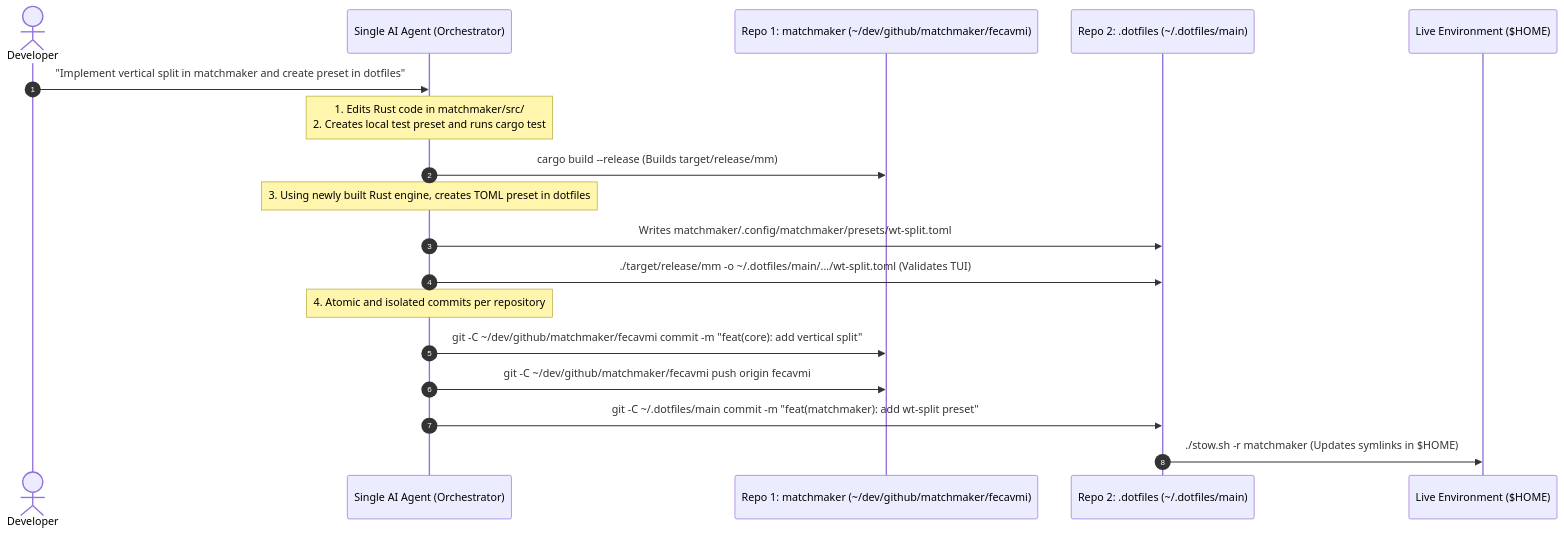
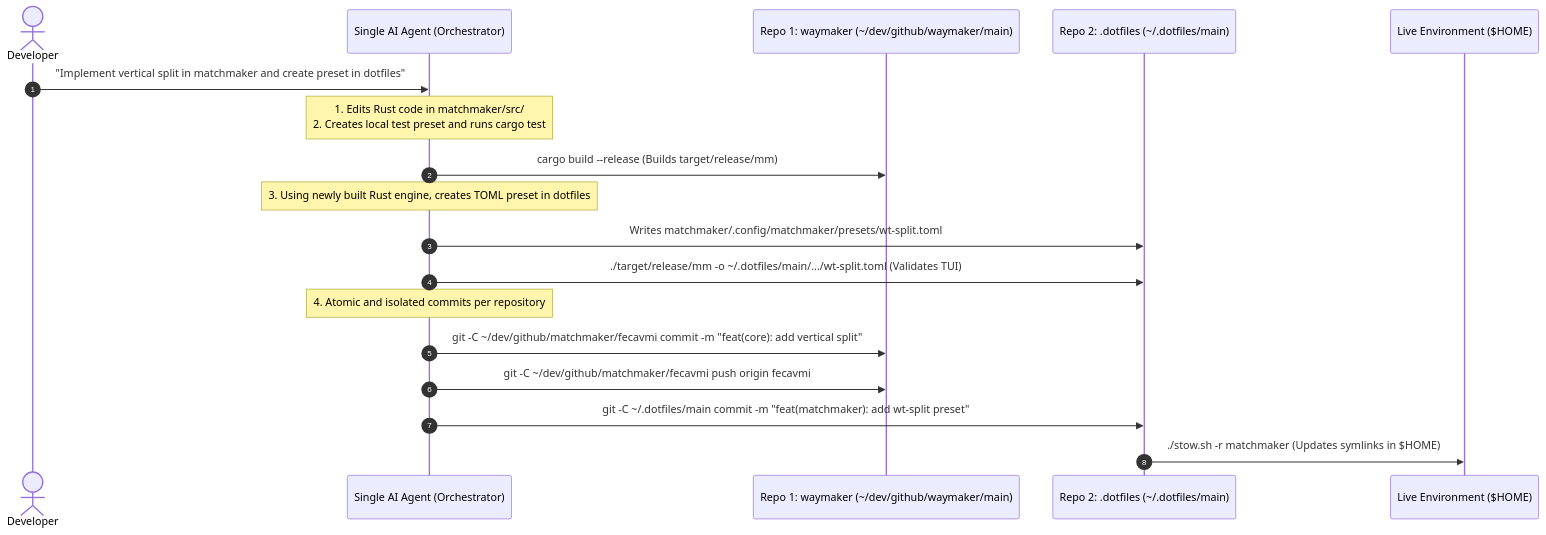
Before and after one commit to felipecm-br/.dotfiles: the fifth of 5 diagrams in docs/GIT_WORKTREE_AGENTIC_WORKFLOW.md, drawn with Mermaid. The commit also changed other lines of this file and 2 other files, not shown here.

Commit message:
refactor(paths): update matchmaker repository directory references to waymaker

````diff
--- a/docs/GIT_WORKTREE_AGENTIC_WORKFLOW.md
+++ b/docs/GIT_WORKTREE_AGENTIC_WORKFLOW.md
@@ -539,24 +539,24 @@
 ```mermaid
 sequenceDiagram
     autonumber
     actor Dev as Developer
     participant Agent as Single AI Agent (Orchestrator)
-    participant Engine as Repo 1: matchmaker (~/dev/github/matchmaker/fecavmi)
+    participant Engine as Repo 1: waymaker (~/dev/github/waymaker/main)
     participant Dotfiles as Repo 2: .dotfiles (~/.dotfiles/main)
     participant Home as Live Environment ($HOME)
 
     Dev->>Agent: "Implement vertical split in matchmaker and create preset in dotfiles"
     Note over Agent: 1. Edits Rust code in matchmaker/src/<br/>2. Creates local test preset and runs cargo test
     Agent->>Engine: cargo build --release (Builds target/release/mm)
     
     Note over Agent: 3. Using newly built Rust engine, creates TOML preset in dotfiles
     Agent->>Dotfiles: Writes matchmaker/.config/matchmaker/presets/wt-split.toml
     Agent->>Dotfiles: ./target/release/mm -o ~/.dotfiles/main/.../wt-split.toml (Validates TUI)
 
     Note over Agent: 4. Atomic and isolated commits per repository
     Agent->>Engine: git -C ~/dev/github/matchmaker/fecavmi commit -m "feat(core): add vertical split"
     Agent->>Engine: git -C ~/dev/github/matchmaker/fecavmi push origin fecavmi
 
     Agent->>Dotfiles: git -C ~/.dotfiles/main commit -m "feat(matchmaker): add wt-split preset"
     Dotfiles->>Home: ./stow.sh -r matchmaker (Updates symlinks in $HOME)
 ```
````
